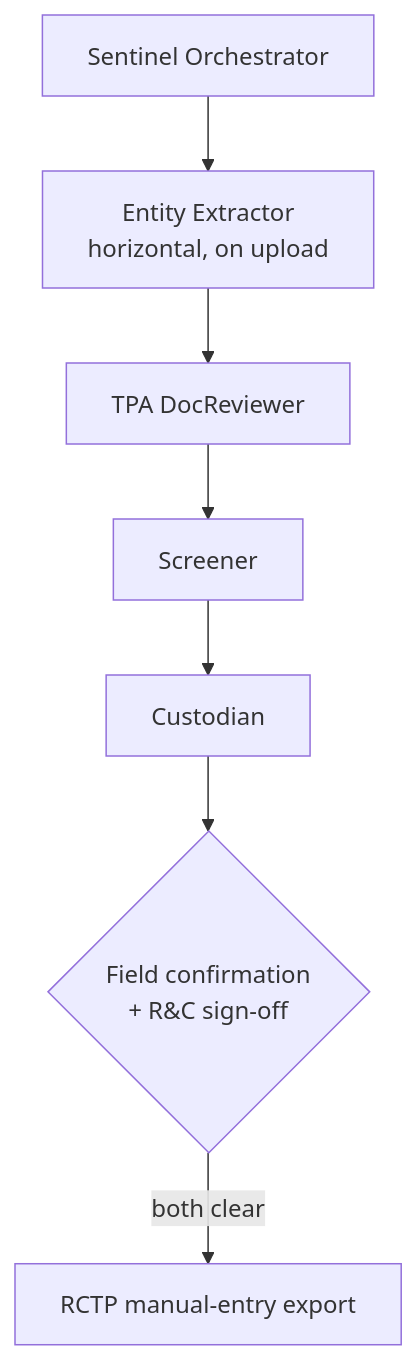
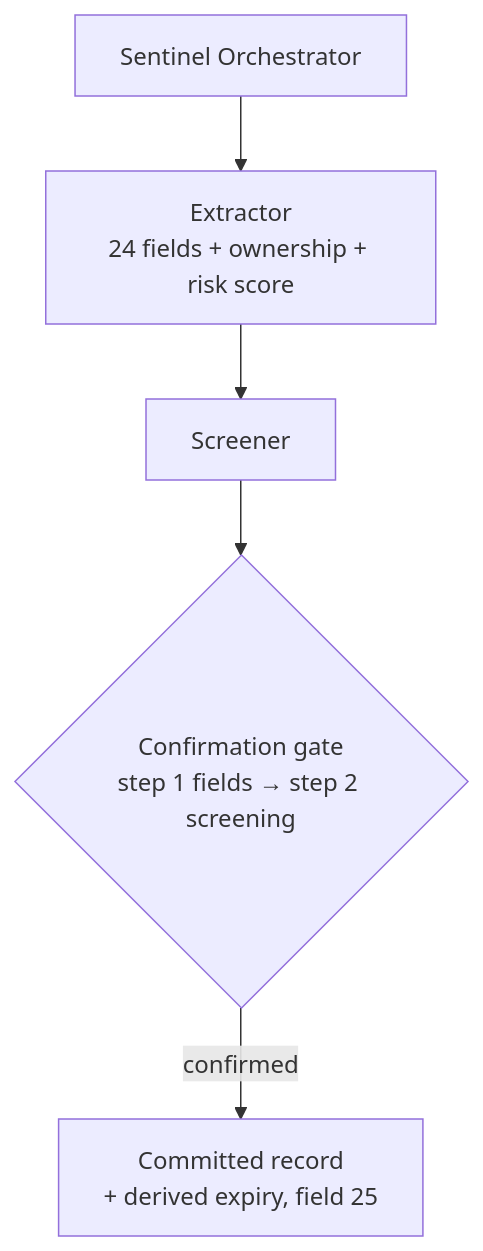
One commit to dayltan-sudo/risk-compliance changed the first of 6 diagrams in README.md. Above: the diagram before and after it, drawn with Mermaid. The commit also changed other lines of this file, not shown here.

First line of the commit message:
Update README Sentinel section for TPA v10

````diff
--- a/README.md
+++ b/README.md
@@ -19,9 +19,7 @@
 ```mermaid
 flowchart TD
-    O[Sentinel Orchestrator] --> Ex[Entity Extractor<br/>horizontal, on upload]
-    Ex --> D[TPA DocReviewer]
-    D --> S[Screener]
-    S --> C[Custodian]
-    C --> G{Field confirmation<br/>+ R&C sign-off}
-    G -->|both clear| E[RCTP manual-entry export]
+    O[Sentinel Orchestrator] --> Ex[Extractor<br/>24 fields + ownership + risk score]
+    Ex --> Sc[Screener]
+    Sc --> G{Confirmation gate<br/>step 1 fields → step 2 screening}
+    G -->|confirmed| Co[Committed record<br/>+ derived expiry, field 25]
 ```
````
